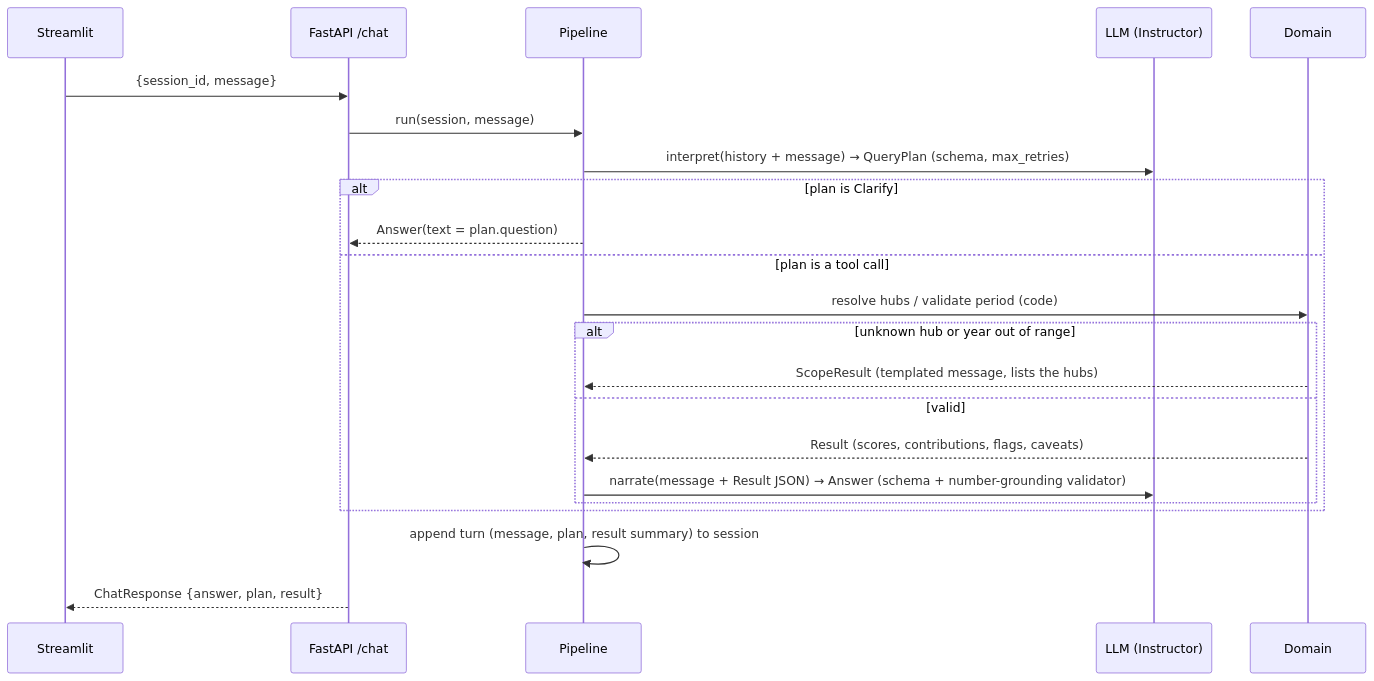
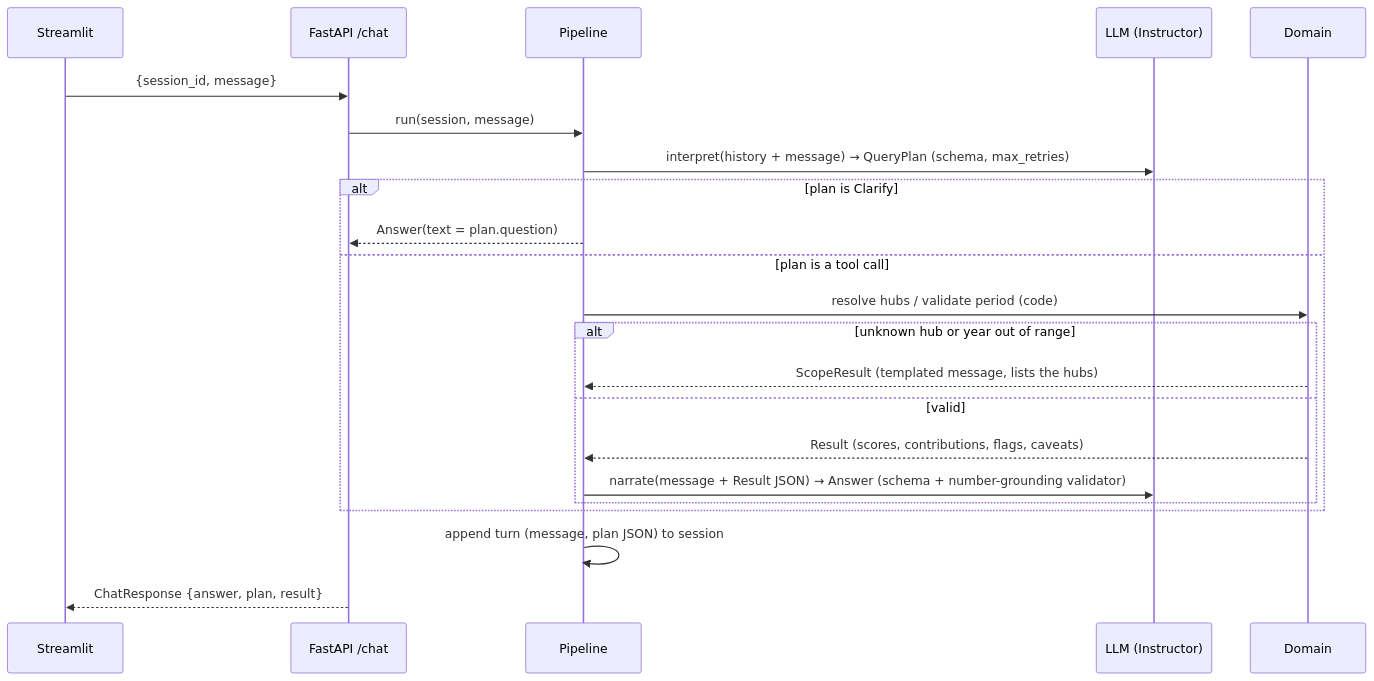
The second of 2 diagrams in docs/03-architecture.md (ozhayun/weather_risk_intel_agent), drawn with Mermaid before and after one commit. The commit also changed other lines of this file and 2 other files, not shown here.

Commit message:
docs: sync architecture, scoring and README with review fixes

````diff
--- a/docs/03-architecture.md
+++ b/docs/03-architecture.md
@@ -49,24 +49,24 @@
 ```mermaid
 sequenceDiagram
     participant U as Streamlit
     participant A as FastAPI /chat
     participant P as Pipeline
     participant L as LLM (Instructor)
     participant D as Domain
     U->>A: {session_id, message}
     A->>P: run(session, message)
     P->>L: interpret(history + message) → QueryPlan (schema, max_retries)
     alt plan is Clarify
         P-->>A: Answer(text = plan.question)
     else plan is a tool call
         P->>D: resolve hubs / validate period (code)
         alt unknown hub or year out of range
             D-->>P: ScopeResult (templated message, lists the hubs)
         else valid
             D-->>P: Result (scores, contributions, flags, caveats)
             P->>L: narrate(message + Result JSON) → Answer (schema + number-grounding validator)
         end
     end
-    P->>P: append turn (message, plan, result summary) to session
+    P->>P: append turn (message, plan JSON) to session
     A-->>U: ChatResponse {answer, plan, result}
 ```
````
